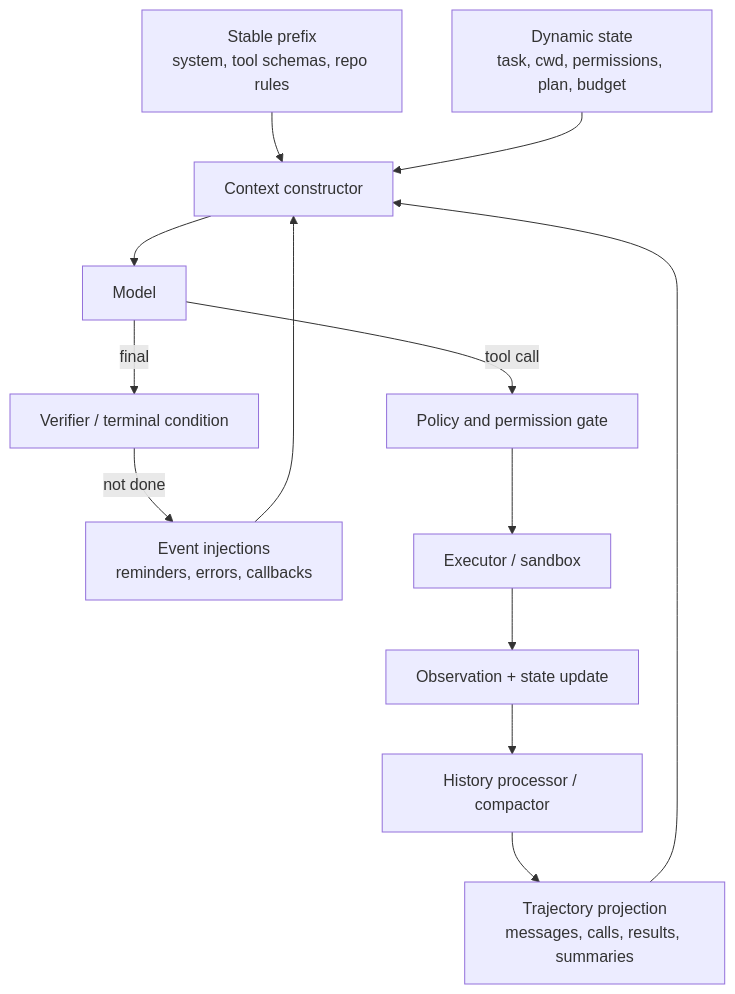
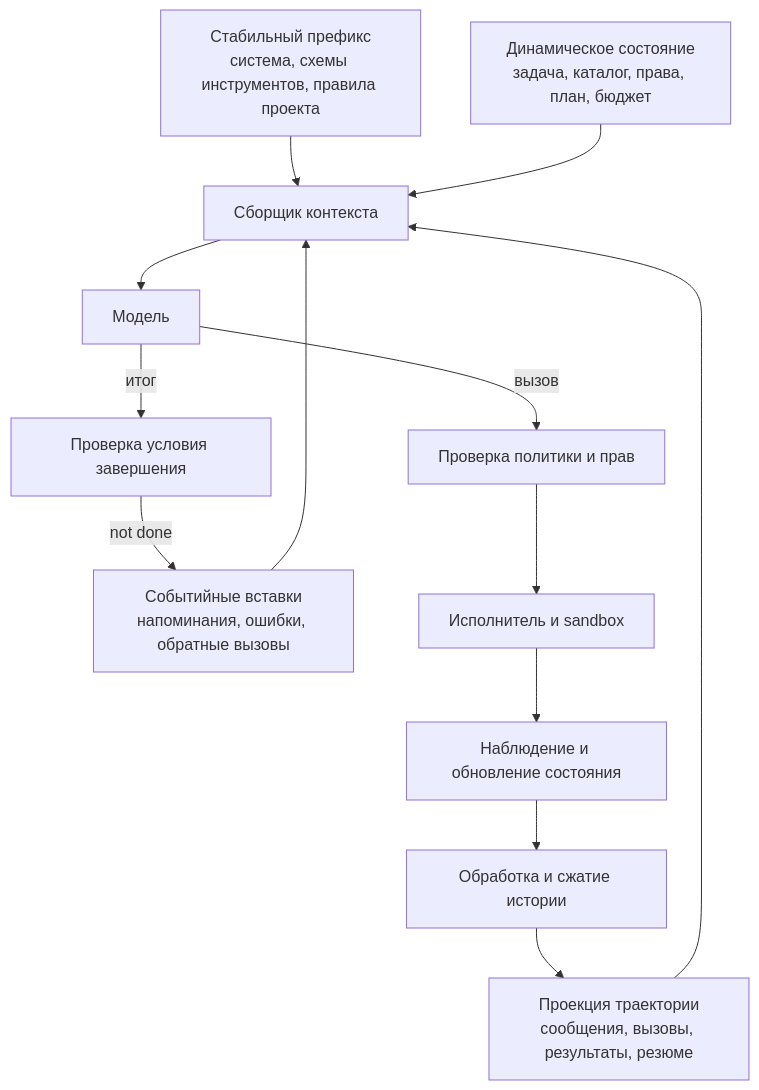
One commit to alpotekhin/bookvar changed the diagram in 00 Учебник/17 Tools и Agents/00 Agent Harness и Context Engineering — карта модуля.md. Above: the diagram before and after it, drawn with Mermaid. The commit also changed other lines of this file and 58 other files, not shown here.

````diff
--- a/00 Учебник/17 Tools и Agents/00 Agent Harness и Context Engineering — карта модуля.md
+++ b/00 Учебник/17 Tools и Agents/00 Agent Harness и Context Engineering — карта модуля.md
@@ -34,15 +35,15 @@
 ```mermaid
 flowchart TB
-    S["Stable prefix<br/>system, tool schemas, repo rules"] --> C["Context constructor"]
-    D["Dynamic state<br/>task, cwd, permissions, plan, budget"] --> C
-    T["Trajectory projection<br/>messages, calls, results, summaries"] --> C
-    R["Event injections<br/>reminders, errors, callbacks"] --> C
-    C --> M["Model"]
-    M -->|final| V["Verifier / terminal condition"]
-    M -->|tool call| P["Policy and permission gate"]
-    P --> X["Executor / sandbox"]
-    X --> O["Observation + state update"]
-    O --> H["History processor / compactor"]
+    S["Стабильный префикс<br/>система, схемы инструментов, правила проекта"] --> C["Сборщик контекста"]
+    D["Динамическое состояние<br/>задача, каталог, права, план, бюджет"] --> C
+    T["Проекция траектории<br/>сообщения, вызовы, результаты, резюме"] --> C
+    R["Событийные вставки<br/>напоминания, ошибки, обратные вызовы"] --> C
+    C --> M["Модель"]
+    M -->|"итог"| V["Проверка условия завершения"]
+    M -->|"вызов"| P["Проверка политики и прав"]
+    P --> X["Исполнитель и sandbox"]
+    X --> O["Наблюдение и обновление состояния"]
+    O --> H["Обработка и сжатие истории"]
     H --> T
     V -->|not done| R
 ```
````
